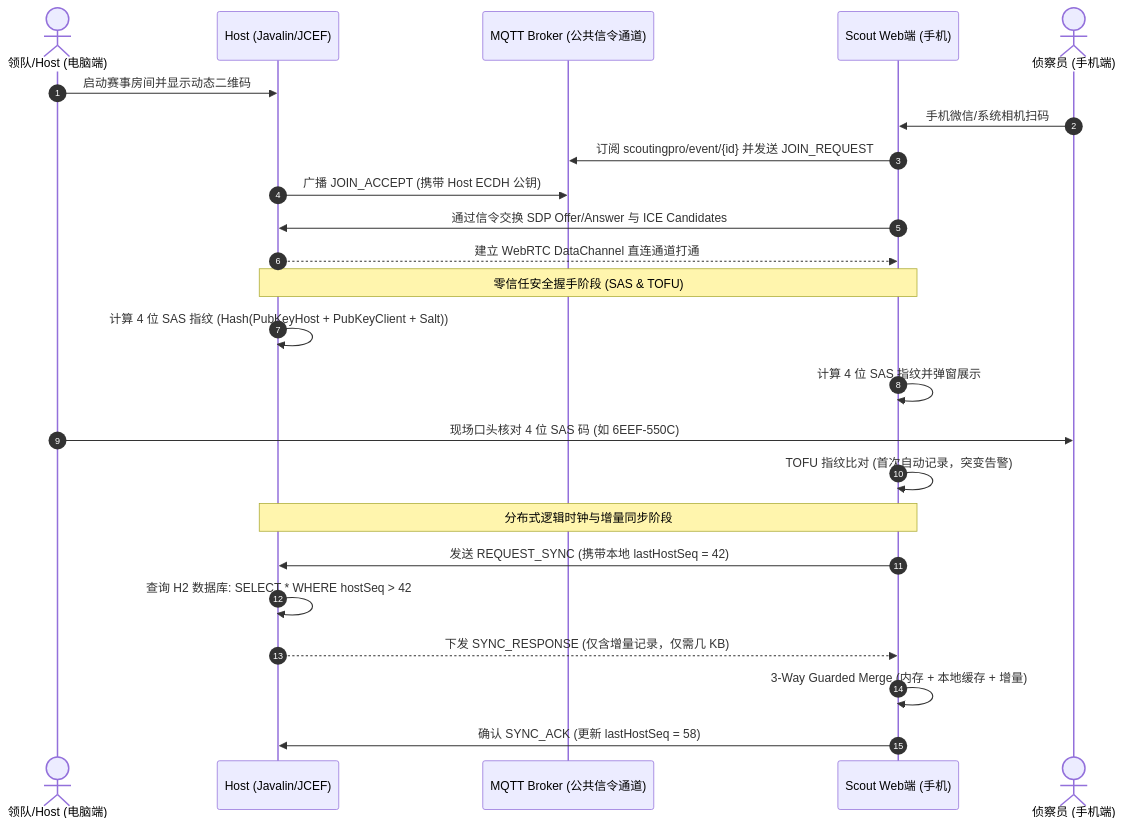
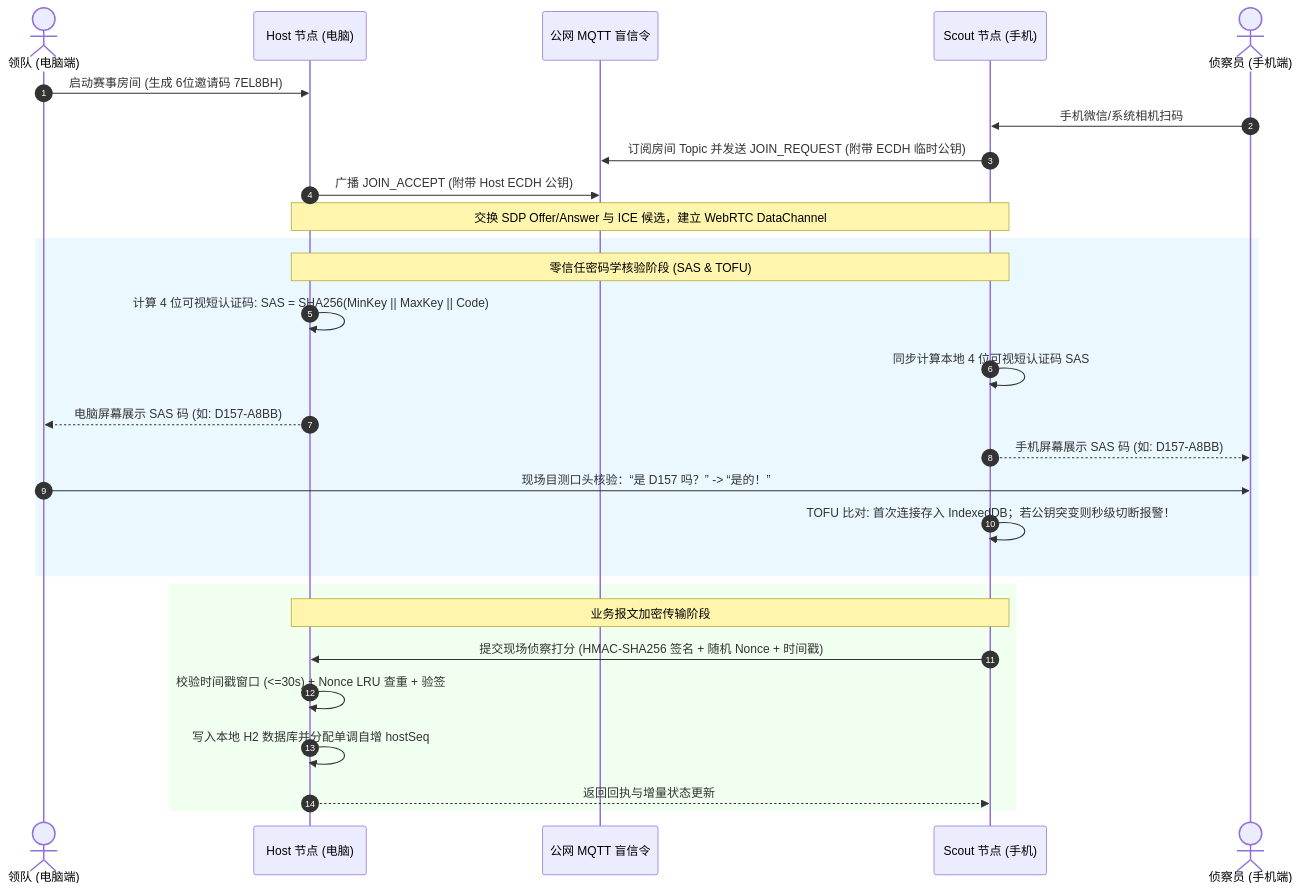
One commit to Lucalmz/ScoutingPro27 changed the second of 4 diagrams in README.md. Above: the diagram before and after it, drawn with Mermaid. The commit also changed other lines of this file and 67 other files, not shown here.

````diff
--- a/README.md
+++ b/README.md
@@ -169,29 +240,33 @@
 ```mermaid
 sequenceDiagram
     autonumber
-    actor Lead as 领队/Host (电脑端)
-    participant HostApp as Host (Javalin/JCEF)
-    participant MQTT as MQTT Broker (公共信令通道)
-    participant ScoutApp as Scout Web端 (手机)
-    actor Scout as 侦察员 (手机端)
+    actor Lead as 领队 (电脑端)
+    participant Host as Host 节点 (电脑)
+    participant Signaling as 公网 MQTT 盲信令
+    participant Scout as Scout 节点 (手机)
+    actor ScoutUser as 侦察员 (手机端)
 
-    Lead->>HostApp: 启动赛事房间并显示动态二维码
-    Scout->>ScoutApp: 手机微信/系统相机扫码
-    ScoutApp->>MQTT: 订阅 scoutingpro/event/{id} 并发送 JOIN_REQUEST
-    HostApp->>MQTT: 广播 JOIN_ACCEPT (携带 Host ECDH 公钥)
-    ScoutApp->>HostApp: 通过信令交换 SDP Offer/Answer 与 ICE Candidates
-    HostApp-->>ScoutApp: 建立 WebRTC DataChannel 直连通道打通
+    Lead->>Host: 启动赛事房间 (生成 6位邀请码 7EL8BH)
+    ScoutUser->>Scout: 手机微信/系统相机扫码
+    Scout->>Signaling: 订阅房间 Topic 并发送 JOIN_REQUEST (附带 ECDH 临时公钥)
+    Host->>Signaling: 广播 JOIN_ACCEPT (附带 Host ECDH 公钥)
+    Note over Host,Scout: 交换 SDP Offer/Answer 与 ICE 候选，建立 WebRTC DataChannel
 
-    Note over HostApp,ScoutApp: 零信任安全握手阶段 (SAS & TOFU)
-    HostApp->>HostApp: 计算 4 位 SAS 指纹 (Hash(PubKeyHost + PubKeyClient + Salt))
-    ScoutApp->>ScoutApp: 计算 4 位 SAS 指纹并弹窗展示
-    Lead->>Scout: 现场口头核对 4 位 SAS 码 (如 6EEF-550C)
-    ScoutApp->>ScoutApp: TOFU 指纹比对 (首次自动记录，突变告警)
+    rect rgb(235, 248, 255)
+    Note over Host,Scout: 零信任密码学核验阶段 (SAS & TOFU)
+    Host->>Host: 计算 4 位可视短认证码: SAS = SHA256(MinKey || MaxKey || Code)
+    Scout->>Scout: 同步计算本地 4 位可视短认证码 SAS
+    Host-->>Lead: 电脑屏幕展示 SAS 码 (如: D157-A8BB)
+    Scout-->>ScoutUser: 手机屏幕展示 SAS 码 (如: D157-A8BB)
+    Lead->>ScoutUser: 现场目测口头核验：“是 D157 吗？” -> “是的！”
+    Scout->>Scout: TOFU 比对: 首次连接存入 IndexedDB；若公钥突变则秒级切断报警！
+    end
 
-    Note over HostApp,ScoutApp: 分布式逻辑时钟与增量同步阶段
-    ScoutApp->>HostApp: 发送 REQUEST_SYNC (携带本地 lastHostSeq = 42)
-    HostApp->>HostApp: 查询 H2 数据库: SELECT * WHERE hostSeq > 42
-    HostApp-->>ScoutApp: 下发 SYNC_RESPONSE (仅含增量记录，仅需几 KB)
-    ScoutApp->>ScoutApp: 3-Way Guarded Merge (内存 + 本地缓存 + 增量)
-    ScoutApp->>HostApp: 确认 SYNC_ACK (更新 lastHostSeq = 58)
+    rect rgb(240, 255, 240)
+    Note over Host,Scout: 业务报文加密传输阶段
+    Scout->>Host: 提交现场侦察打分 (HMAC-SHA256 签名 + 随机 Nonce + 时间戳)
+    Host->>Host: 校验时间戳窗口 (<=30s) + Nonce LRU 查重 + 验签
+    Host->>Host: 写入本地 H2 数据库并分配单调自增 hostSeq
+    Host-->>Scout: 返回回执与增量状态更新
+    end
 ```
````
